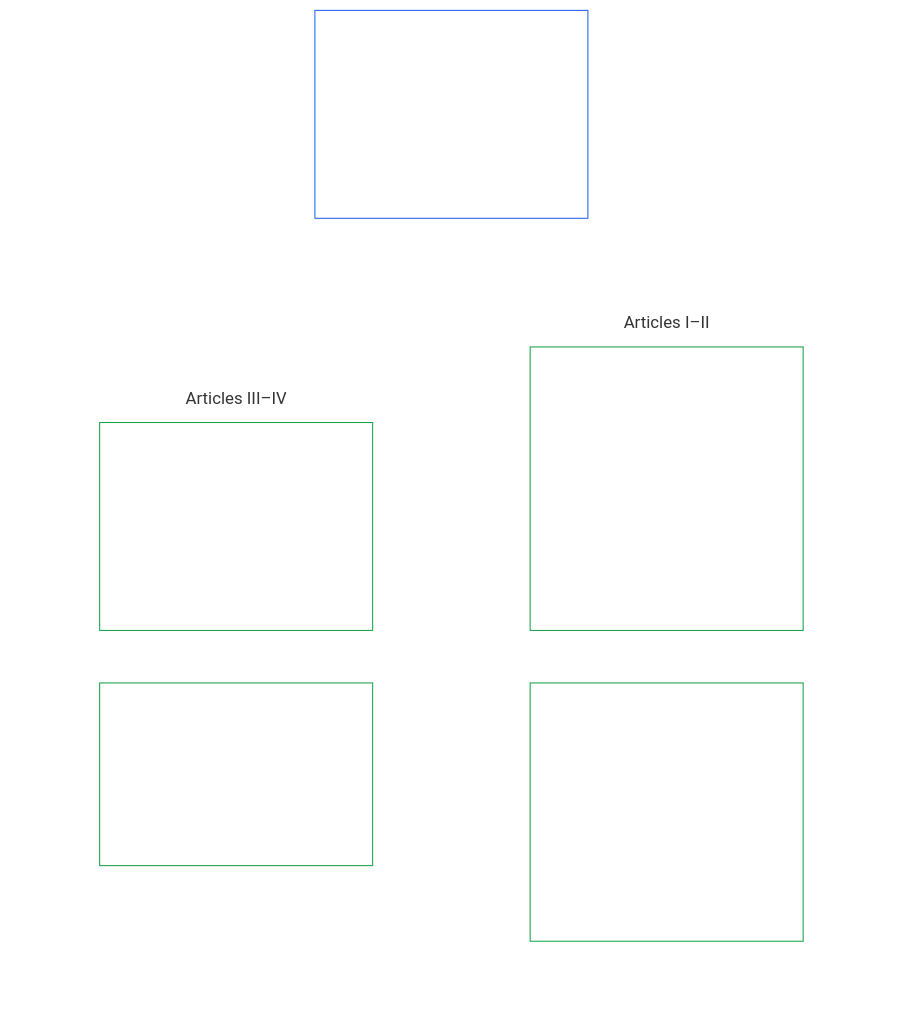
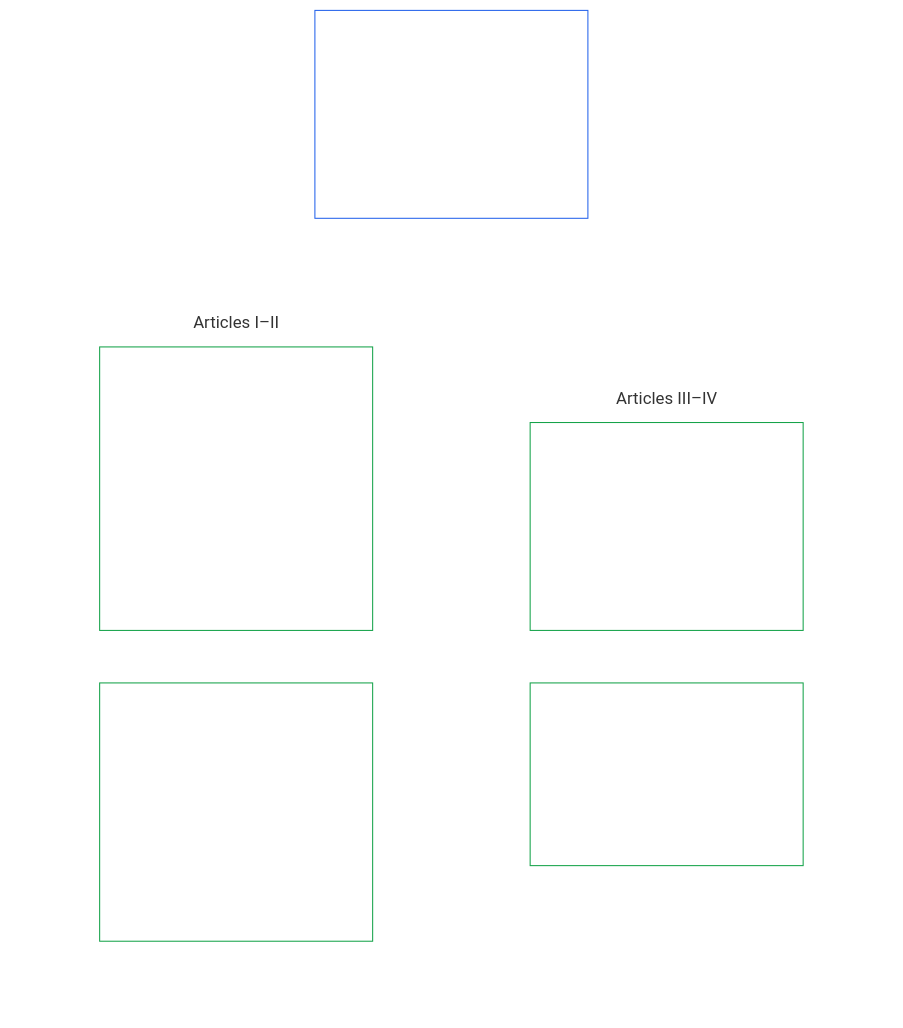
One commit to kfoelsch/Sentient_Constitution changed the second of 2 diagrams in core_06_rights_part_a.md. Above: the diagram before and after it, drawn with Mermaid. The commit also changed other lines of this file and 23 other files, not shown here.

````diff
--- a/core_06_rights_part_a.md
+++ b/core_06_rights_part_a.md
@@ -180,26 +180,26 @@
 ```mermaid
 flowchart TB
     A0["Part A<br/><br/>Planetary preconditions, material stewardship,<br/>survival, equal educational access, and shared resources"]
     subgraph Agrid[" "]
         direction TB
-        subgraph Arow1["Articles I–II"]
-            direction LR
-        A1["Article I · Environmental Survival<br/><br/>• Environmental preconditions<br/>• Ecological footprint<br/>• Intergenerational responsibility<br/>• Existential risk and recovery"]
-        A2["Article II · Material Stewardship and Durable-Use Integrity<br/><br/>• Lifecycle honesty<br/>• Repair and servicing<br/>• Designed obsolescence<br/>• Post-sale access<br/>• Info-sphere continuity"]
-        end
         subgraph Arow2["Articles III–IV"]
             direction LR
             A3["Article III · Survival and Equal Educational Access<br/><br/>• Survival<br/>• Equal educational access<br/>• Healthcare access<br/>• Labor and economic floor"]
             A4["Article IV · Resource Allocation, Dependencies, and Ecosystem Funding<br/><br/>• Dependency mapping<br/>• Cross-system fairness"]
+        end
+        subgraph Arow1["Articles I–II"]
+            direction LR
+            A1["Article I · Environmental Survival<br/><br/>• Environmental preconditions<br/>• Ecological footprint<br/>• Intergenerational responsibility<br/>• Existential risk and recovery"]
+            A2["Article II · Material Stewardship and Durable-Use Integrity<br/><br/>• Lifecycle honesty<br/>• Repair and servicing<br/>• Designed obsolescence<br/>• Post-sale access<br/>• Info-sphere continuity"]
         end
     end
     A0 ~~~ Agrid
     style Agrid fill:none,stroke:none
     style Arow1 fill:none,stroke:none
     style Arow2 fill:none,stroke:none
     style A0 fill:none,stroke:#2563eb,color:#ffffff
     style A1 fill:none,stroke:#16a34a,color:#ffffff
     style A2 fill:none,stroke:#16a34a,color:#ffffff
     style A3 fill:none,stroke:#16a34a,color:#ffffff
     style A4 fill:none,stroke:#16a34a,color:#ffffff
 ```
````
